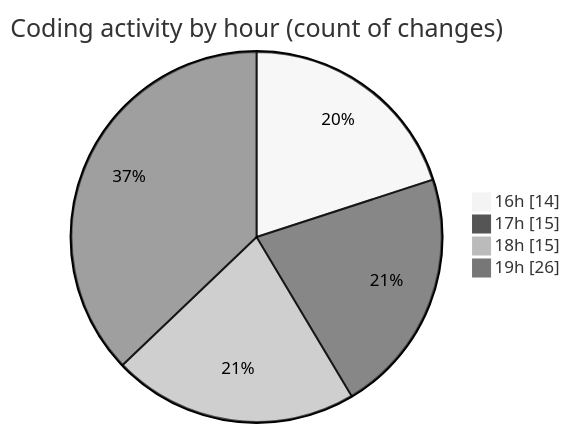
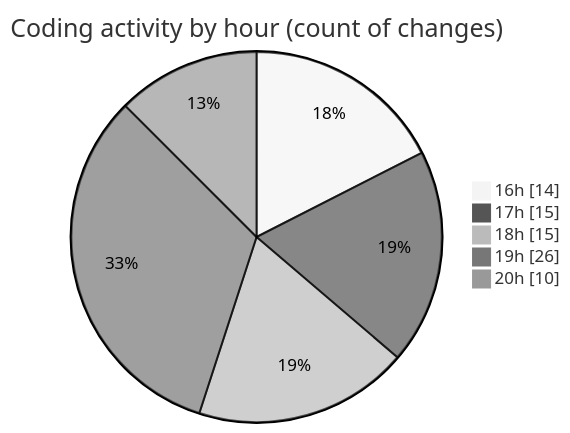
One commit to Elitesun/code-tracking changed the second of 2 diagrams in 2025-01-31/flask/README.md. Above: the diagram before and after it, drawn with Mermaid (neutral theme). The commit also changed other lines of this file and 1 other file, not shown here.

````diff
--- a/2025-01-31/flask/README.md
+++ b/2025-01-31/flask/README.md
@@ -38,8 +38,9 @@
 ```mermaid
 pie showData
 title Coding activity by hour (count of changes)
 "16h" : 14
 "17h" : 15
 "18h" : 15
 "19h" : 26
+"20h" : 10
 ```
````
